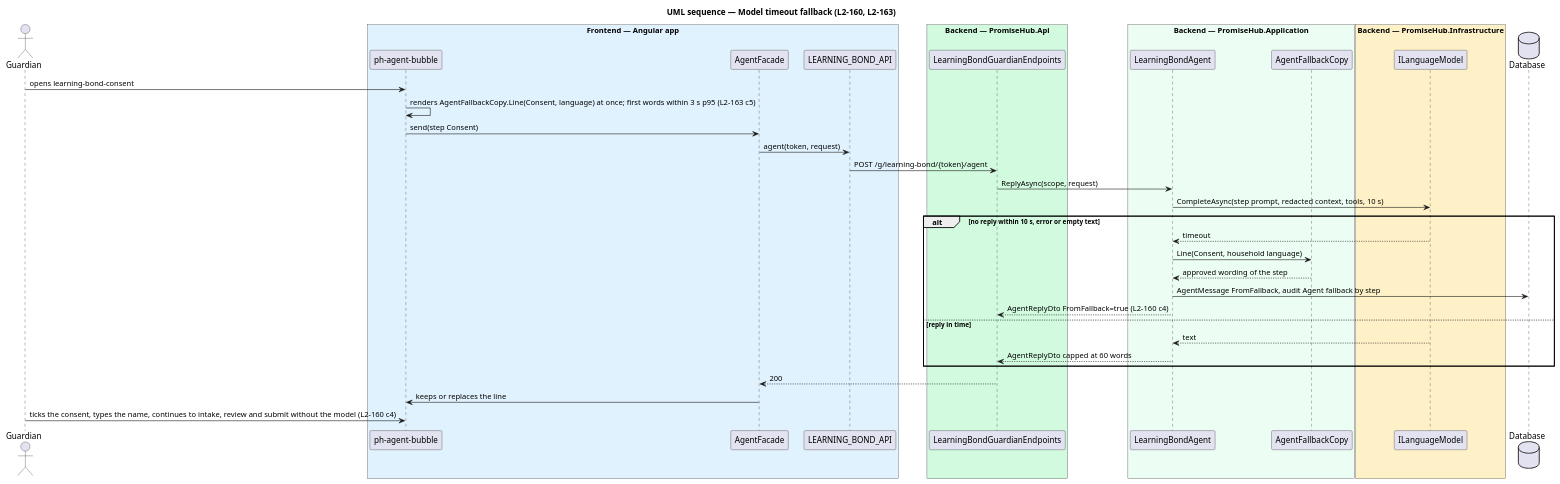
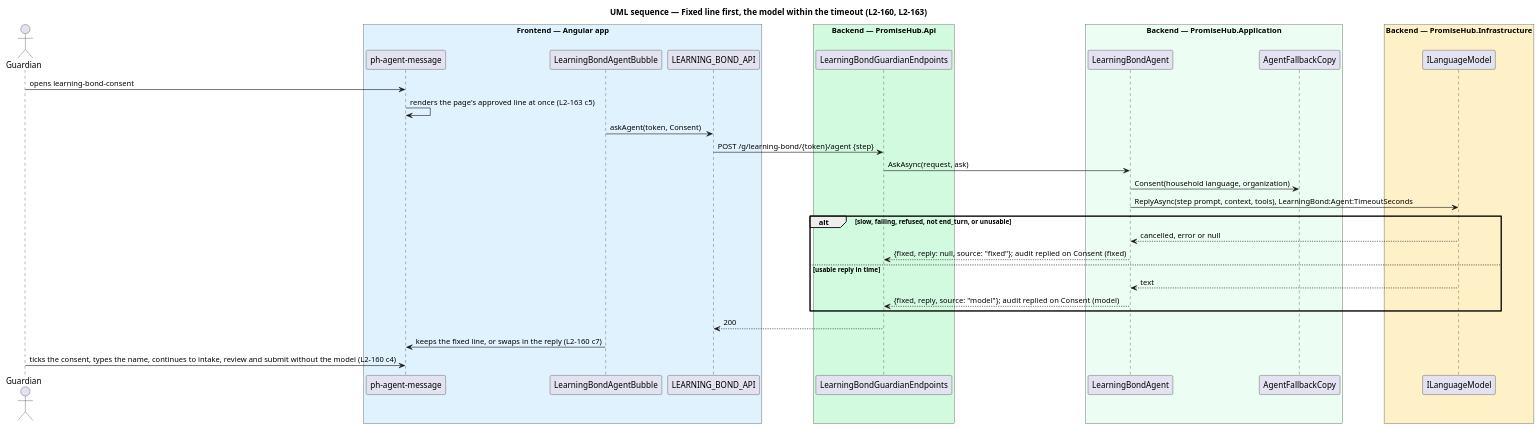
The diagram in docs/detailed-designs/learning-bond/run-learning-bond-agent/diagrams/sequence-model-timeout.puml (QuinntyneBrown/promise-hub), drawn with PlantUML before and after one commit. The commit also changed 93 other files, not shown here.

First line of the commit message:
Align the agent docs with what was built (prompt 92)

```diff
--- a/docs/detailed-designs/learning-bond/run-learning-bond-agent/diagrams/sequence-model-timeout.puml
+++ b/docs/detailed-designs/learning-bond/run-learning-bond-agent/diagrams/sequence-model-timeout.puml
@@ -1,43 +1,39 @@
 @startuml
-title UML sequence — Model timeout fallback (L2-160, L2-163)
+title UML sequence — Fixed line first, the model within the timeout (L2-160, L2-163)
 skinparam backgroundColor #FFFFFF
 skinparam shadowing false
 skinparam defaultFontName Arial
 actor "Guardian" as g
 box "Frontend — Angular app" #E0F2FE
-participant "ph-agent-bubble" as bubble
-participant AgentFacade as facade
+participant "ph-agent-message" as bubble
+participant LearningBondAgentBubble as glue
 participant LEARNING_BOND_API as client
 end box
 box "Backend — PromiseHub.Api" #D1FADF
 participant LearningBondGuardianEndpoints as api
 end box
 box "Backend — PromiseHub.Application" #ECFDF3
 participant LearningBondAgent as agent
 participant AgentFallbackCopy as fallback
 end box
 box "Backend — PromiseHub.Infrastructure" #FEF0C7
 participant ILanguageModel as llm
 end box
-database "Database" as db
 g -> bubble : opens learning-bond-consent
-bubble -> bubble : renders AgentFallbackCopy.Line(Consent, language) at once; first words within 3 s p95 (L2-163 c5)
-bubble -> facade : send(step Consent)
-facade -> client : agent(token, request)
-client -> api : POST /g/learning-bond/{token}/agent
-api -> agent : ReplyAsync(scope, request)
-agent -> llm : CompleteAsync(step prompt, redacted context, tools, 10 s)
-alt no reply within 10 s, error or empty text
-  llm --> agent : timeout
-  agent -> fallback : Line(Consent, household language)
-  fallback --> agent : approved wording of the step
-  agent -> db : AgentMessage FromFallback, audit Agent fallback by step
-  agent --> api : AgentReplyDto FromFallback=true (L2-160 c4)
-else reply in time
+bubble -> bubble : renders the page's approved line at once (L2-163 c5)
+glue -> client : askAgent(token, Consent)
+client -> api : POST /g/learning-bond/{token}/agent {step}
+api -> agent : AskAsync(request, ask)
+agent -> fallback : Consent(household language, organization)
+agent -> llm : ReplyAsync(step prompt, context, tools), LearningBond:Agent:TimeoutSeconds
+alt slow, failing, refused, not end_turn, or unusable
+  llm --> agent : cancelled, error or null
+  agent --> api : {fixed, reply: null, source: "fixed"}; audit replied on Consent (fixed)
+else usable reply in time
   llm --> agent : text
-  agent --> api : AgentReplyDto capped at 60 words
+  agent --> api : {fixed, reply, source: "model"}; audit replied on Consent (model)
 end
-api --> facade : 200
-facade -> bubble : keeps or replaces the line
+api --> client : 200
+glue -> bubble : keeps the fixed line, or swaps in the reply (L2-160 c7)
 g -> bubble : ticks the consent, types the name, continues to intake, review and submit without the model (L2-160 c4)
 @enduml
```
